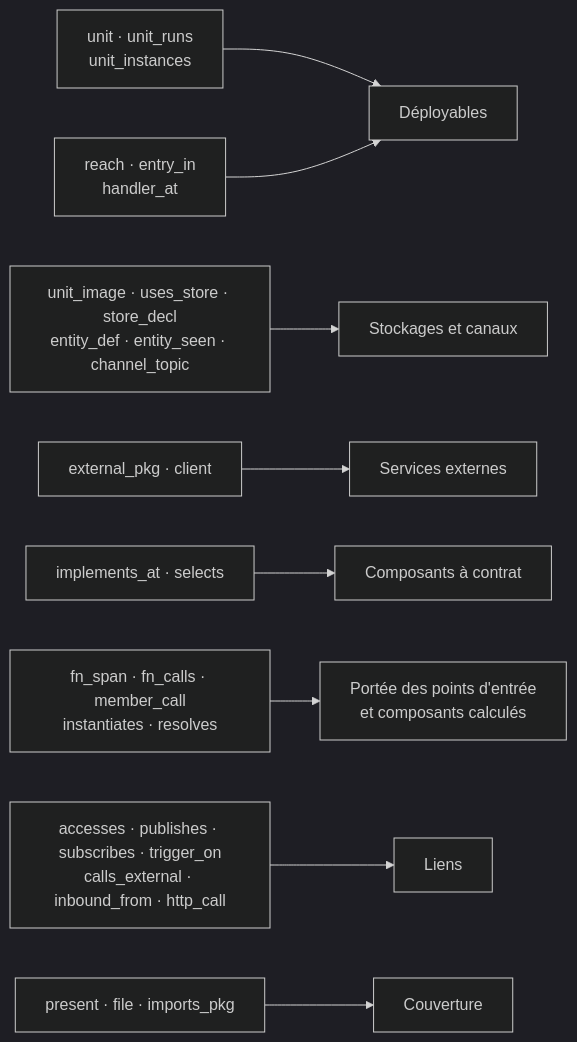
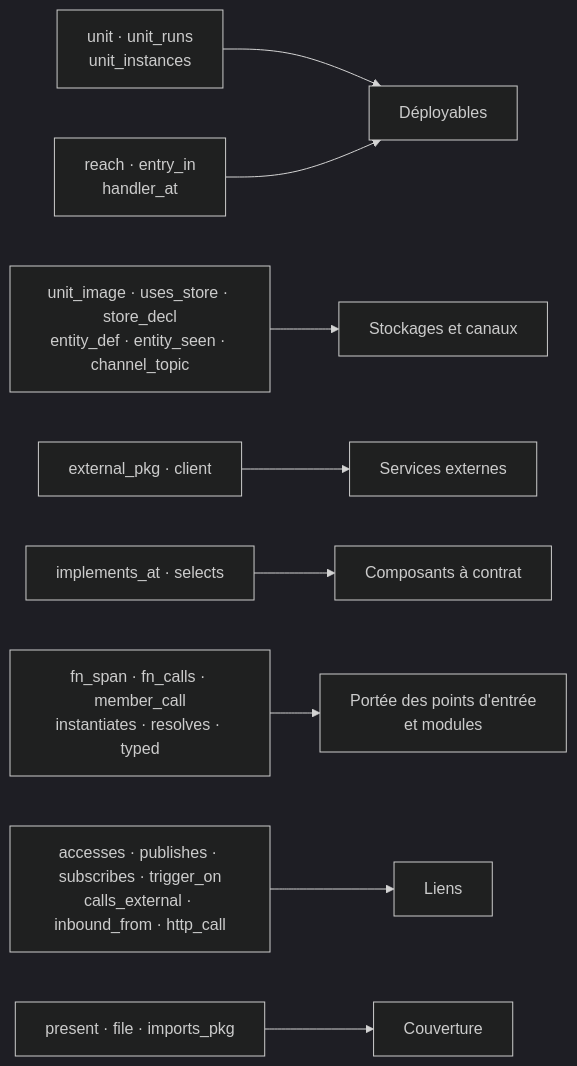
One commit to mouhamedsylla/visionlayer changed the second of 2 diagrams in docs/fonctionnement/05-le-modele-neutre.md. Above: the diagram before and after it, drawn with Mermaid (dark theme). The commit also changed other lines of this file and 8 other files, not shown here.

````diff
--- a/docs/fonctionnement/05-le-modele-neutre.md
+++ b/docs/fonctionnement/05-le-modele-neutre.md
@@ -36,11 +36,11 @@
 ```mermaid
 flowchart LR
   U["unit · unit_runs<br/>unit_instances"] --> D["Déployables"]
   R["reach · entry_in<br/>handler_at"] --> D
   I["unit_image · uses_store · store_decl<br/>entity_def · entity_seen · channel_topic"] --> ST["Stockages et canaux"]
   X["external_pkg · client"] --> EX["Services externes"]
   IM["implements_at · selects"] --> CT["Composants à contrat"]
-  FG["fn_span · fn_calls · member_call<br/>instantiates · resolves"] --> CC["Portée des points d'entrée<br/>et composants calculés"]
+  FG["fn_span · fn_calls · member_call<br/>instantiates · resolves · typed"] --> CC["Portée des points d'entrée<br/>et modules"]
   A["accesses · publishes · subscribes · trigger_on<br/>calls_external · inbound_from · http_call"] --> L["Liens"]
   P["present · file · imports_pkg"] --> C["Couverture"]
 ```
````
